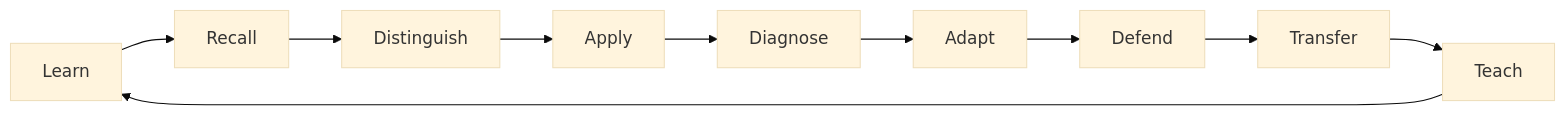
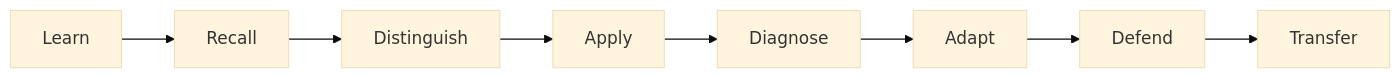
The diagram in docs/product/index.md (Gh0stlyKn1ght/Marzano-Learning-Map), drawn with Mermaid (base theme) before and after one commit. The commit also changed other lines of this file, not shown here.

````diff
--- a/docs/product/index.md
+++ b/docs/product/index.md
@@ -22,12 +22,10 @@
 ```mermaid
 graph LR
     A[Learn] --> B[Recall]
     B --> C[Distinguish]
     C --> D[Apply]
     D --> E[Diagnose]
     E --> F[Adapt]
     F --> G[Defend]
     G --> H[Transfer]
-    H --> I[Teach]
-    I --> A
 ```
````
